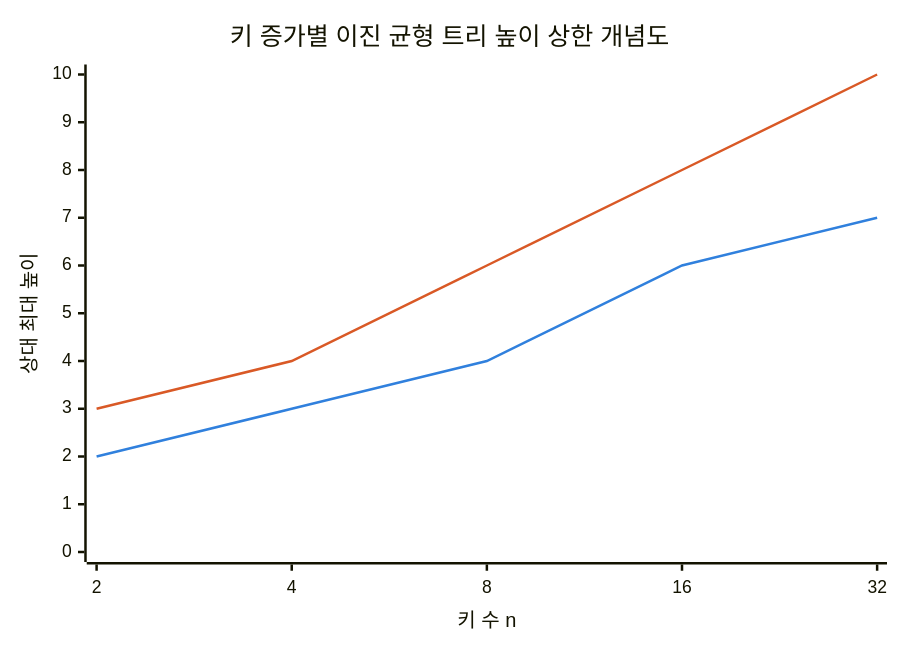
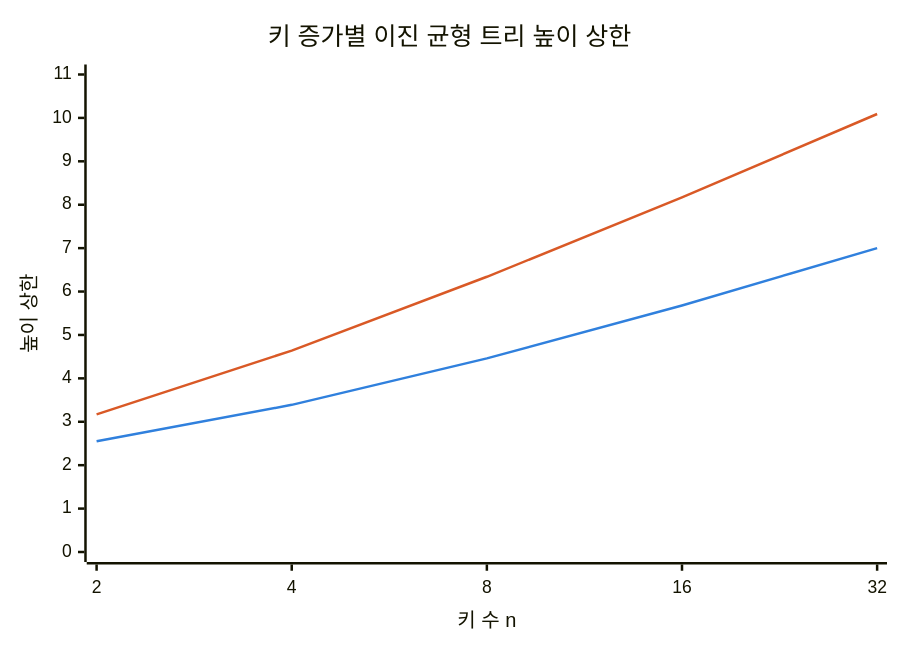
The first of 3 diagrams in src/content/docs/notes/01-basic-theory/008_tree_data_structures.md (agnusdei1207/knowledge-base), drawn with Mermaid before and after one commit. The commit also changed other lines of this file and 13 other files, not shown here.

````diff
--- a/src/content/docs/notes/01-basic-theory/008_tree_data_structures.md
+++ b/src/content/docs/notes/01-basic-theory/008_tree_data_structures.md
@@ -51,9 +53,9 @@
 ```mermaid
 %%{init: {"themeVariables": {"xyChart": {"plotColorPalette": "#3080dd, #d95926"}}} }%%
 xychart-beta
-    title "키 증가별 이진 균형 트리 높이 상한 개념도"
+    title "키 증가별 이진 균형 트리 높이 상한"
     x-axis "키 수 n" [2, 4, 8, 16, 32]
-    y-axis "상대 최대 높이" 0 --> 10
-    line [2, 3, 4, 6, 7]
-    line [3, 4, 6, 8, 10]
+    y-axis "높이 상한" 0 --> 11
+    line [2.55, 3.39, 4.46, 5.68, 7.00]
+    line [3.17, 4.64, 6.34, 8.17, 10.09]
 ```
````
